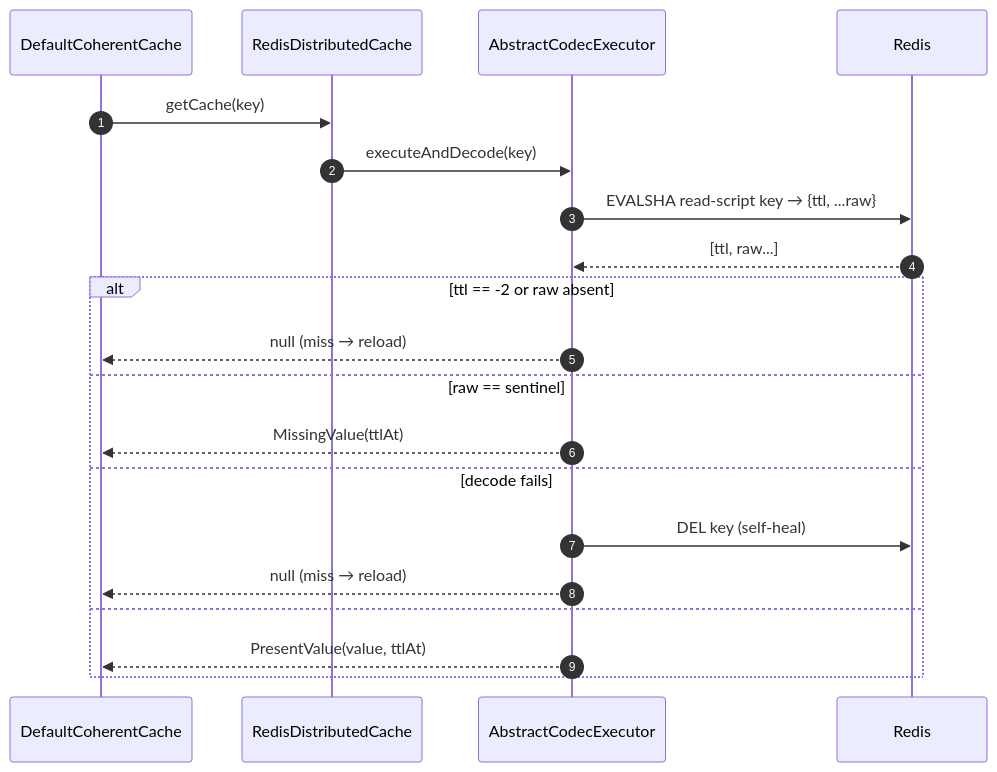
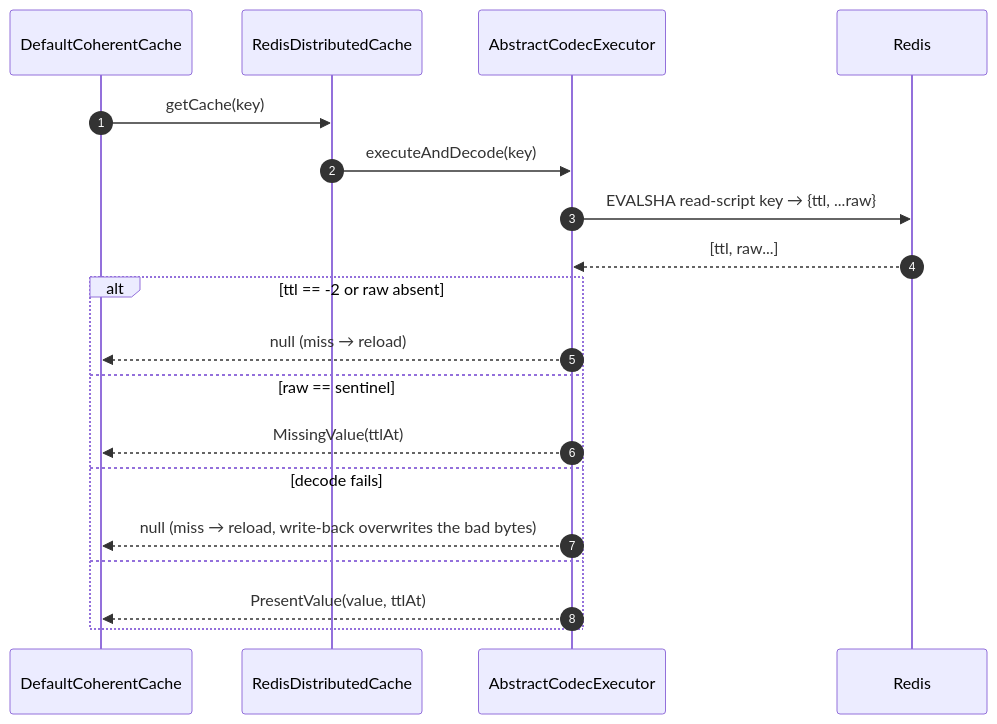
One commit to Ahoo-Wang/CoCache changed the third of 4 diagrams in wiki/architecture/cache-layers.md. Above: the diagram before and after it, drawn with Mermaid. The commit also changed 34 other files, not shown here.

````diff
--- a/wiki/architecture/cache-layers.md
+++ b/wiki/architecture/cache-layers.md
@@ -89,23 +89,22 @@
 ```mermaid
 sequenceDiagram
 autonumber
     participant CC as DefaultCoherentCache
     participant DC as RedisDistributedCache
     participant CE as AbstractCodecExecutor
     participant R as Redis
 
     CC->>DC: getCache(key)
     DC->>CE: executeAndDecode(key)
     CE->>R: EVALSHA read-script key → {ttl, ...raw}
     R-->>CE: [ttl, raw...]
     alt ttl == -2 or raw absent
         CE-->>CC: null (miss → reload)
     else raw == sentinel
         CE-->>CC: MissingValue(ttlAt)
     else decode fails
-        CE->>R: DEL key (self-heal)
-        CE-->>CC: null (miss → reload)
+        CE-->>CC: null (miss → reload, write-back overwrites the bad bytes)
     else
         CE-->>CC: PresentValue(value, ttlAt)
     end
 ```
````
